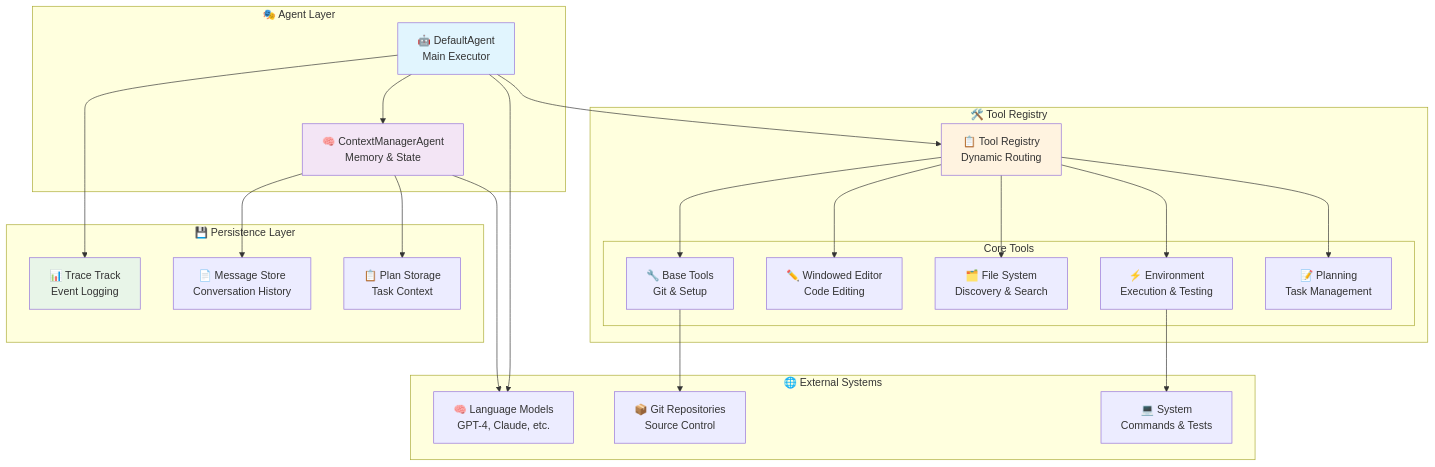
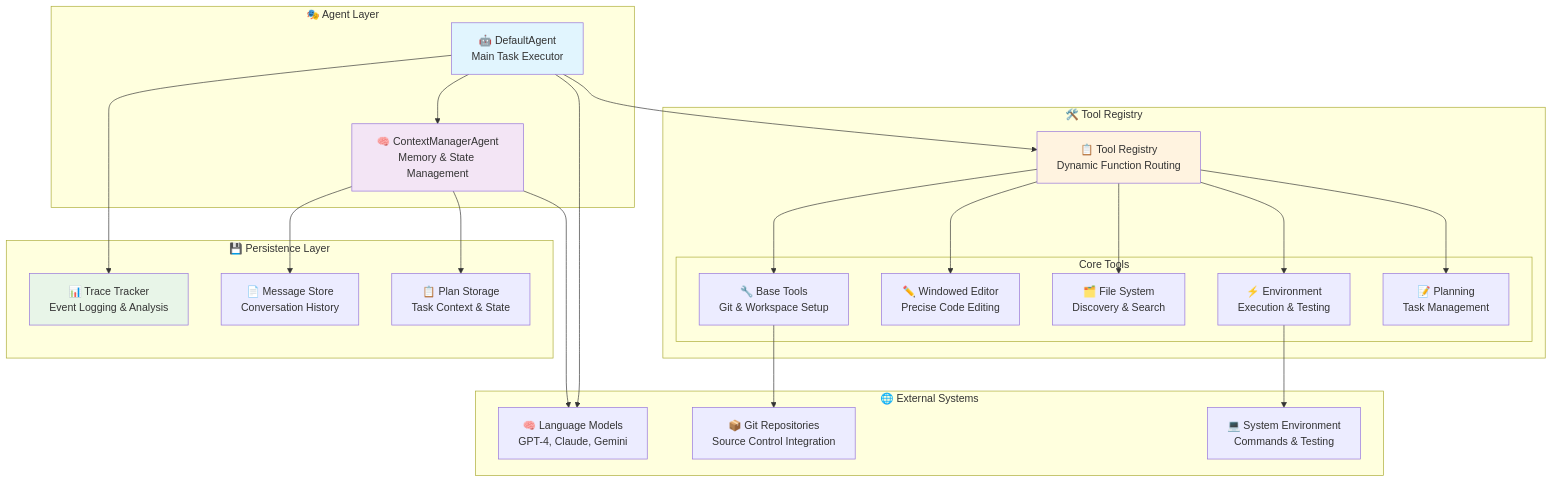
The diagram in README.md (Yunhao-Feng/SafeFlow), drawn with Mermaid before and after one commit. The commit also changed other lines of this file and 27 other files, not shown here.

````diff
--- a/README.md
+++ b/README.md
@@ -90,48 +96,48 @@
 ```mermaid
 flowchart TB
     subgraph "🎭 Agent Layer"
-        DA[🤖 DefaultAgent<br/>Main Executor]
-        CM[🧠 ContextManagerAgent<br/>Memory & State]
+        DA[🤖 DefaultAgent<br/>Main Task Executor]
+        CM[🧠 ContextManagerAgent<br/>Memory & State Management]
     end
 
     subgraph "🛠️ Tool Registry"
-        TR[📋 Tool Registry<br/>Dynamic Routing]
+        TR[📋 Tool Registry<br/>Dynamic Function Routing]
 
         subgraph "Core Tools"
-            BT[🔧 Base Tools<br/>Git & Setup]
-            WE[✏️ Windowed Editor<br/>Code Editing]
+            BT[🔧 Base Tools<br/>Git & Workspace Setup]
+            WE[✏️ Windowed Editor<br/>Precise Code Editing]
             FS[🗂️ File System<br/>Discovery & Search]
             EM[⚡ Environment<br/>Execution & Testing]
             PT[📝 Planning<br/>Task Management]
         end
     end
 
     subgraph "💾 Persistence Layer"
-        TT[📊 Trace Track<br/>Event Logging]
+        TT[📊 Trace Tracker<br/>Event Logging & Analysis]
         MS[📄 Message Store<br/>Conversation History]
-        PS[📋 Plan Storage<br/>Task Context]
+        PS[📋 Plan Storage<br/>Task Context & State]
     end
 
     subgraph "🌐 External Systems"
-        LLM[🧠 Language Models<br/>GPT-4, Claude, etc.]
-        GIT[📦 Git Repositories<br/>Source Control]
-        SYS[💻 System<br/>Commands & Tests]
+        LLM[🧠 Language Models<br/>GPT-4, Claude, Gemini]
+        GIT[📦 Git Repositories<br/>Source Control Integration]
+        SYS[💻 System Environment<br/>Commands & Testing]
     end
 
     DA --> CM
     DA --> TR
     TR --> BT & WE & FS & EM & PT
 
     DA --> TT
     CM --> MS & PS
 
     BT --> GIT
     EM --> SYS
     DA --> LLM
     CM --> LLM
 
     style DA fill:#e1f5fe
     style CM fill:#f3e5f5
     style TR fill:#fff3e0
     style TT fill:#e8f5e8
 ```
````
